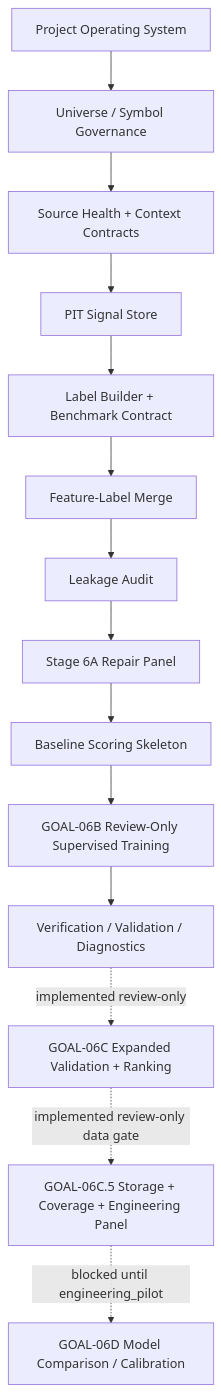
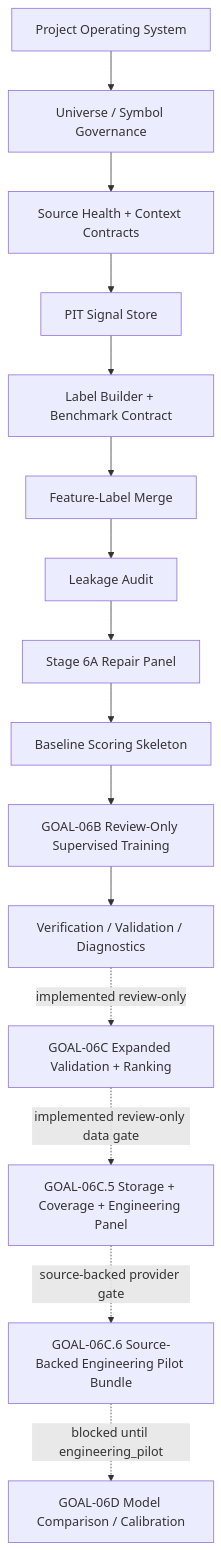
One commit to RyanLu0203/A_share_premarket_core changed the diagram in docs/10_PROGRAM_ROADMAP_AND_ARCHITECTURE.md. Above: the diagram before and after it, drawn with Mermaid. The commit also changed other lines of this file and 89 other files, not shown here.

Commit message:
Add GOAL-06C.6 source-backed ingestion gate

````diff
--- a/docs/10_PROGRAM_ROADMAP_AND_ARCHITECTURE.md
+++ b/docs/10_PROGRAM_ROADMAP_AND_ARCHITECTURE.md
@@ -11,16 +11,17 @@
 ```mermaid
 flowchart TD
     A["Project Operating System"] --> B["Universe / Symbol Governance"]
     B --> C["Source Health + Context Contracts"]
     C --> D["PIT Signal Store"]
     D --> E["Label Builder + Benchmark Contract"]
     E --> F["Feature-Label Merge"]
     F --> G["Leakage Audit"]
     G --> H["Stage 6A Repair Panel"]
     H --> I["Baseline Scoring Skeleton"]
     I --> J["GOAL-06B Review-Only Supervised Training"]
     J --> K["Verification / Validation / Diagnostics"]
     K -. "implemented review-only" .-> L["GOAL-06C Expanded Validation + Ranking"]
     L -. "implemented review-only data gate" .-> N["GOAL-06C.5 Storage + Coverage + Engineering Panel"]
-    N -. "blocked until engineering_pilot" .-> M["GOAL-06D Model Comparison / Calibration"]
+    N -. "source-backed provider gate" .-> O["GOAL-06C.6 Source-Backed Engineering Pilot Bundle"]
+    O -. "blocked until engineering_pilot" .-> M["GOAL-06D Model Comparison / Calibration"]
 ```
````
